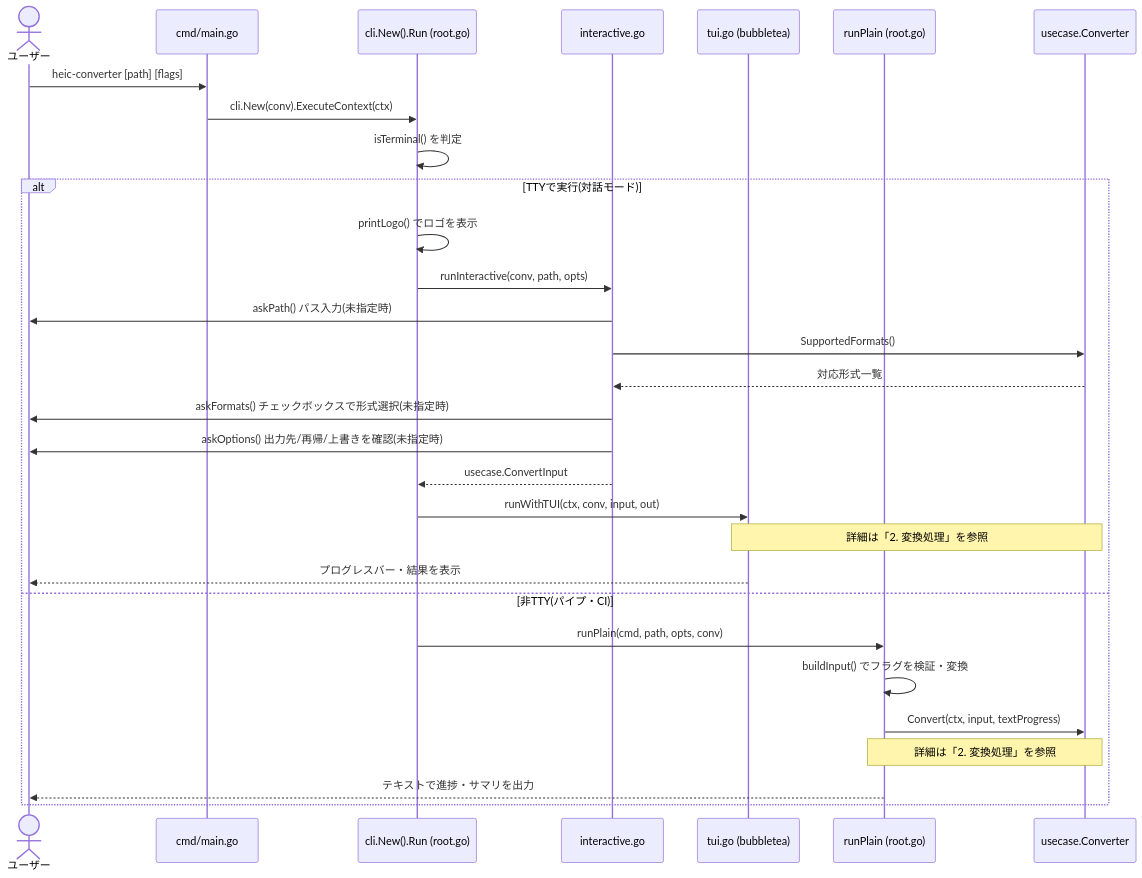
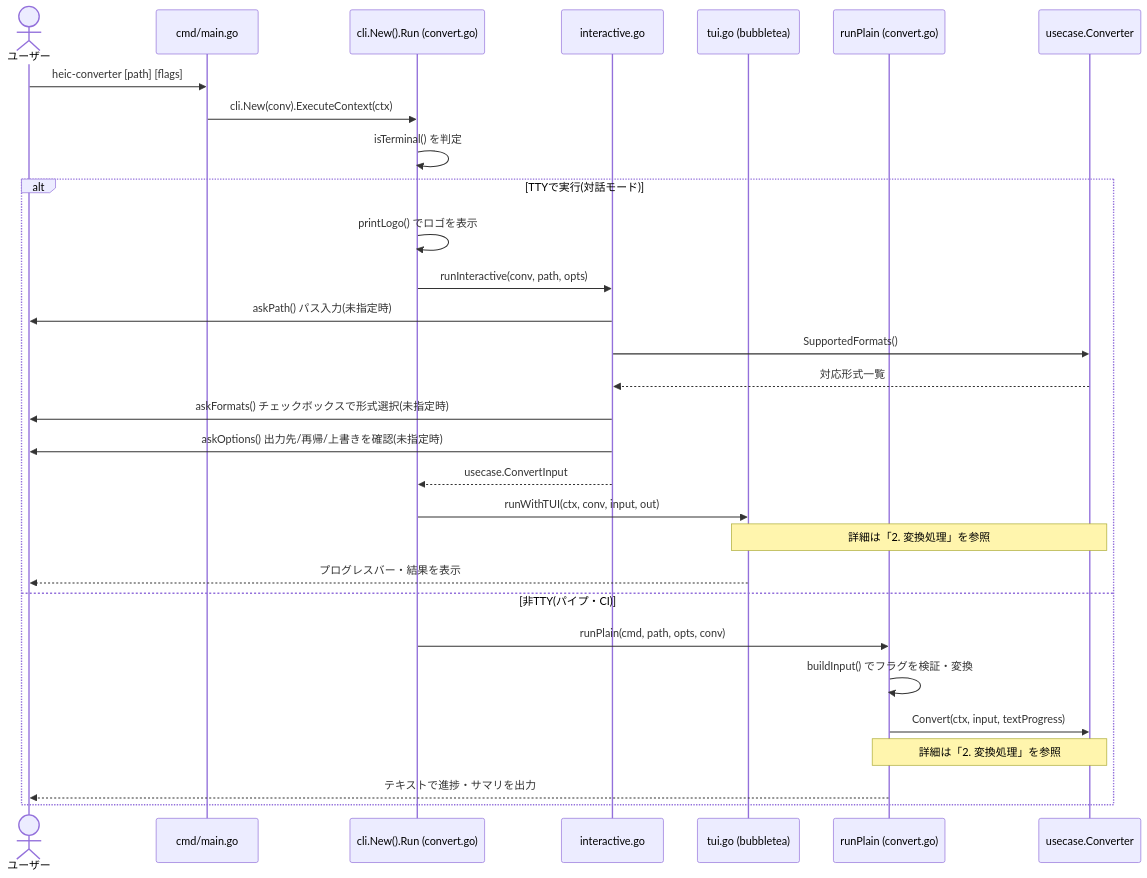
The first of 2 diagrams in doc/cli-converter/processing-sequence.md (kkito0726/heic-converter), drawn with Mermaid before and after one commit. The commit also changed other lines of this file, not shown here.

Commit message:
docs: シーケンス図のファイル参照をconvert.go分離後の構成に更新

````diff
--- a/doc/cli-converter/processing-sequence.md
+++ b/doc/cli-converter/processing-sequence.md
@@ -13,34 +14,34 @@
 ```mermaid
 sequenceDiagram
     actor User as ユーザー
     participant Main as cmd/main.go
-    participant Root as cli.New().Run (root.go)
+    participant Root as cli.New().Run (convert.go)
     participant Interactive as interactive.go
     participant TUI as tui.go (bubbletea)
-    participant Plain as runPlain (root.go)
+    participant Plain as runPlain (convert.go)
     participant Conv as usecase.Converter
 
     User->>Main: heic-converter [path] [flags]
     Main->>Root: cli.New(conv).ExecuteContext(ctx)
     Root->>Root: isTerminal() を判定
 
     alt TTYで実行(対話モード)
         Root->>Root: printLogo() でロゴを表示
         Root->>Interactive: runInteractive(conv, path, opts)
         Interactive->>User: askPath() パス入力(未指定時)
         Interactive->>Conv: SupportedFormats()
         Conv-->>Interactive: 対応形式一覧
         Interactive->>User: askFormats() チェックボックスで形式選択(未指定時)
         Interactive->>User: askOptions() 出力先/再帰/上書きを確認(未指定時)
         Interactive-->>Root: usecase.ConvertInput
         Root->>TUI: runWithTUI(ctx, conv, input, out)
         Note over TUI,Conv: 詳細は「2. 変換処理」を参照
         TUI-->>User: プログレスバー・結果を表示
     else 非TTY(パイプ・CI)
         Root->>Plain: runPlain(cmd, path, opts, conv)
         Plain->>Plain: buildInput() でフラグを検証・変換
         Plain->>Conv: Convert(ctx, input, textProgress)
         Note over Plain,Conv: 詳細は「2. 変換処理」を参照
         Plain-->>User: テキストで進捗・サマリを出力
     end
 ```
````
